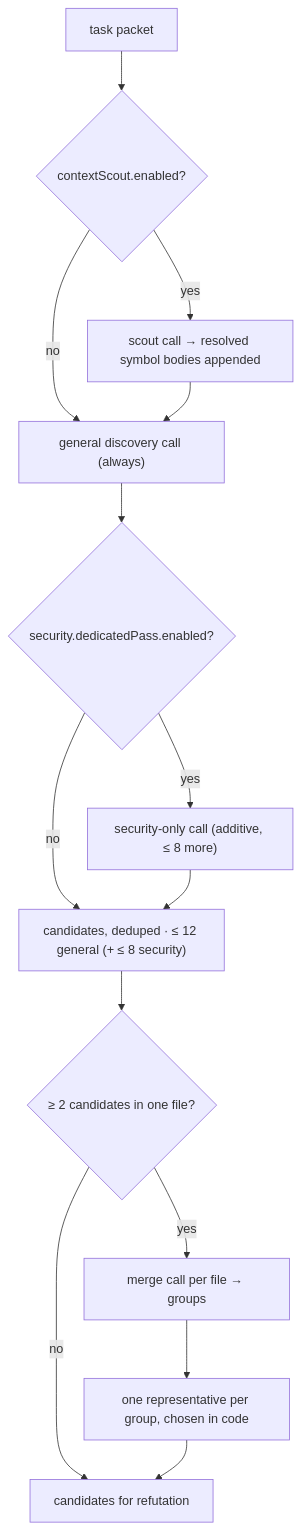
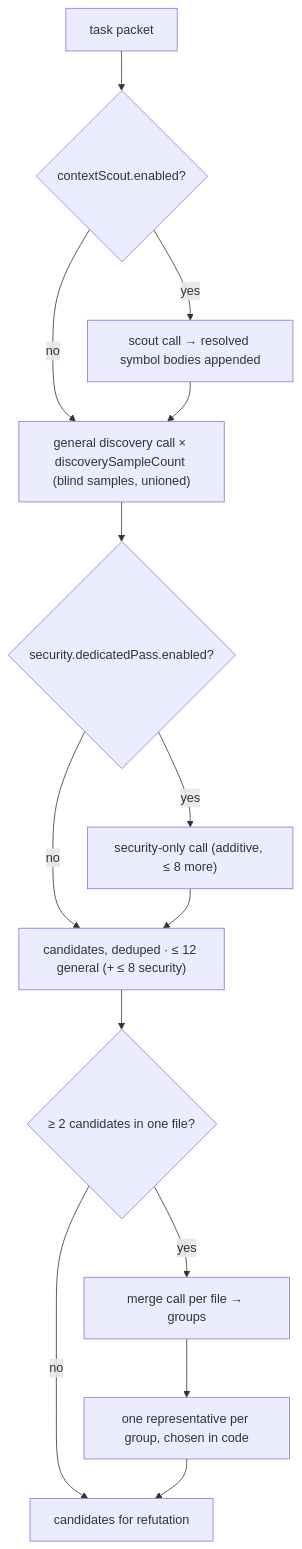
Before and after one commit to sebastianwessel/codereviewer: the diagram in docs/03-concepts/pipeline/04-holistic-discovery.md, drawn with Mermaid. The commit also changed other lines of this file and 25 other files, not shown here.

````diff
--- a/docs/03-concepts/pipeline/04-holistic-discovery.md
+++ b/docs/03-concepts/pipeline/04-holistic-discovery.md
@@ -134,16 +160,16 @@
 ```mermaid
 flowchart TD
   P["task packet"] --> S{"contextScout.enabled?"}
   S -- yes --> SC["scout call → resolved symbol bodies appended"]
   S -- no --> G
-  SC --> G["general discovery call (always)"]
+  SC --> G["general discovery call × discoverySampleCount (blind samples, unioned)"]
   G --> SE{"security.dedicatedPass.enabled?"}
   SE -- yes --> SP["security-only call (additive, ≤ 8 more)"]
   SE -- no --> C["candidates, deduped · ≤ 12 general (+ ≤ 8 security)"]
   SP --> C
   C --> M{"≥ 2 candidates in one file?"}
   M -- no --> O["candidates for refutation"]
   M -- yes --> MM["merge call per file → groups"]
   MM --> R["one representative per group, chosen in code"]
   R --> O
 ```
````
